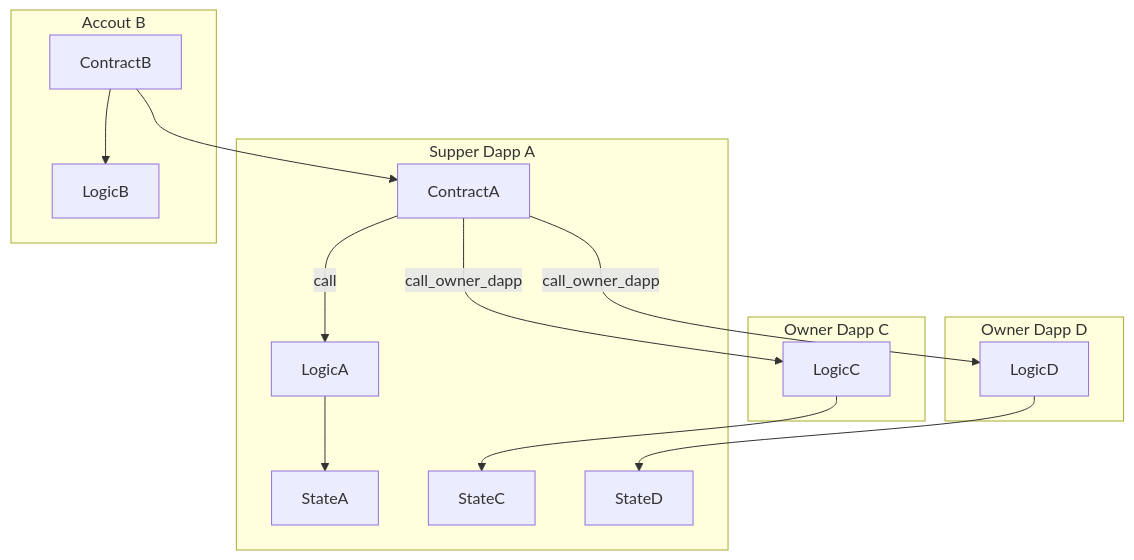
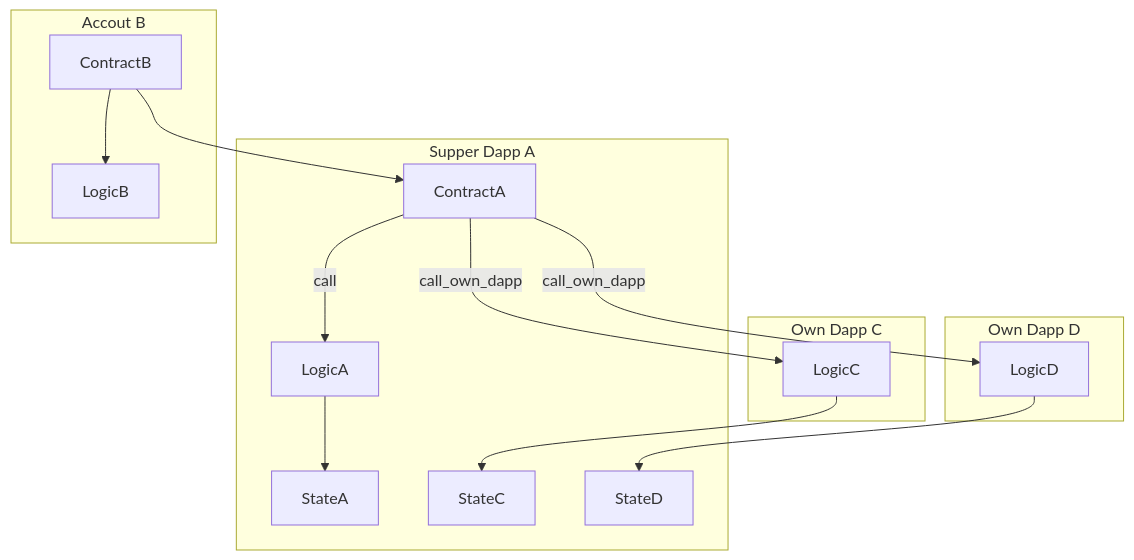
The second of 2 diagrams in SNIPS/snip-22.md (starknet-io/SNIPs), drawn with Mermaid before and after one commit. The commit also changed other lines of this file, not shown here.

````diff
--- a/SNIPS/snip-22.md
+++ b/SNIPS/snip-22.md
@@ -64,30 +64,30 @@
 ```mermaid
 flowchart TD
     
     subgraph Supper Dapp A
 			  StateA
 			  StateC
 			  StateD
         
     ContractA--call-->LogicA
     end
    
-    subgraph Owner Dapp C
+    subgraph Own Dapp C
     LogicC
     end
 
-		subgraph Owner Dapp D
+		subgraph Own Dapp D
     LogicD
     end
 
     subgraph Accout B
     ContractB-->LogicB
     end
 
-    ContractA --call_owner_dapp--> LogicC
+    ContractA --call_own_dapp--> LogicC
     LogicC--> StateC
-		ContractA --call_owner_dapp-->  LogicD
+		ContractA --call_own_dapp-->  LogicD
     LogicD--> StateD
     LogicA--> StateA
     ContractB --> ContractA
 ```
````
